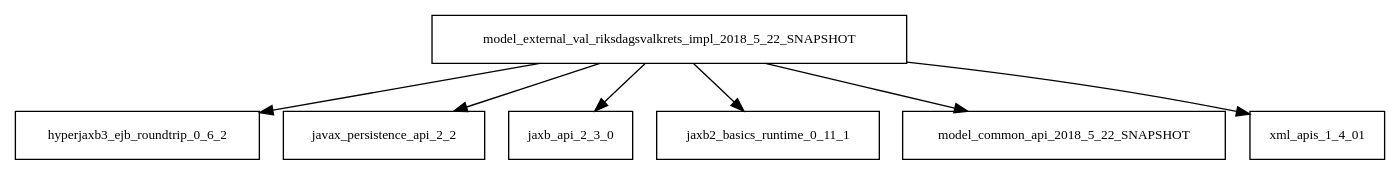
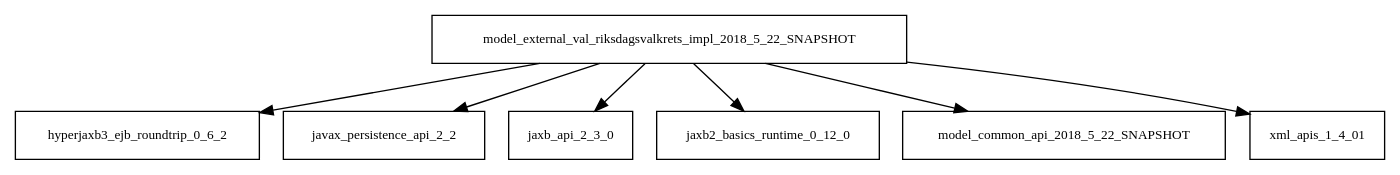
One commit to sjvs/cia changed the diagram in tattleTaleReport/graphviz/model.external.val.riksdagsvalkrets.impl-2018.5.22-SNAPSHOT.jar/model.external.val.riksdagsvalkrets.impl-2018.5.22-SNAPSHOT.jar.dot. Above: the diagram before and after it, drawn with Graphviz. The commit also changed 2050 other files, not shown here.

```diff
--- a/tattleTaleReport/graphviz/model.external.val.riksdagsvalkrets.impl-2018.5.22-SNAPSHOT.jar/model.external.val.riksdagsvalkrets.impl-2018.5.22-SNAPSHOT.jar.dot
+++ b/tattleTaleReport/graphviz/model.external.val.riksdagsvalkrets.impl-2018.5.22-SNAPSHOT.jar/model.external.val.riksdagsvalkrets.impl-2018.5.22-SNAPSHOT.jar.dot
@@ -1,9 +1,9 @@
 digraph model_external_val_riksdagsvalkrets_impl_2018_5_22_SNAPSHOT_dependencies {
   node [shape = box, fontsize=10.0];
   model_external_val_riksdagsvalkrets_impl_2018_5_22_SNAPSHOT -> hyperjaxb3_ejb_roundtrip_0_6_2;
   model_external_val_riksdagsvalkrets_impl_2018_5_22_SNAPSHOT -> javax_persistence_api_2_2;
   model_external_val_riksdagsvalkrets_impl_2018_5_22_SNAPSHOT -> jaxb_api_2_3_0;
-  model_external_val_riksdagsvalkrets_impl_2018_5_22_SNAPSHOT -> jaxb2_basics_runtime_0_11_1;
+  model_external_val_riksdagsvalkrets_impl_2018_5_22_SNAPSHOT -> jaxb2_basics_runtime_0_12_0;
   model_external_val_riksdagsvalkrets_impl_2018_5_22_SNAPSHOT -> model_common_api_2018_5_22_SNAPSHOT;
   model_external_val_riksdagsvalkrets_impl_2018_5_22_SNAPSHOT -> xml_apis_1_4_01;
 }
```
